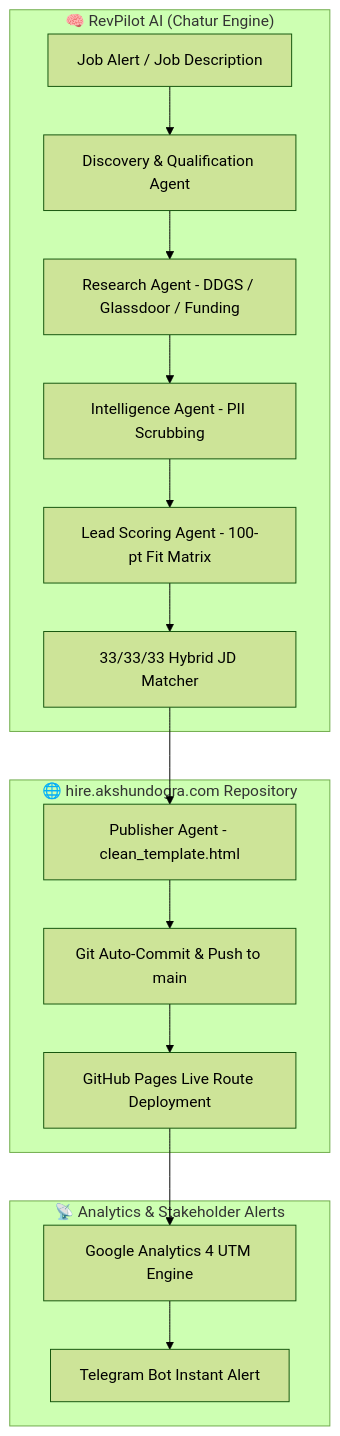
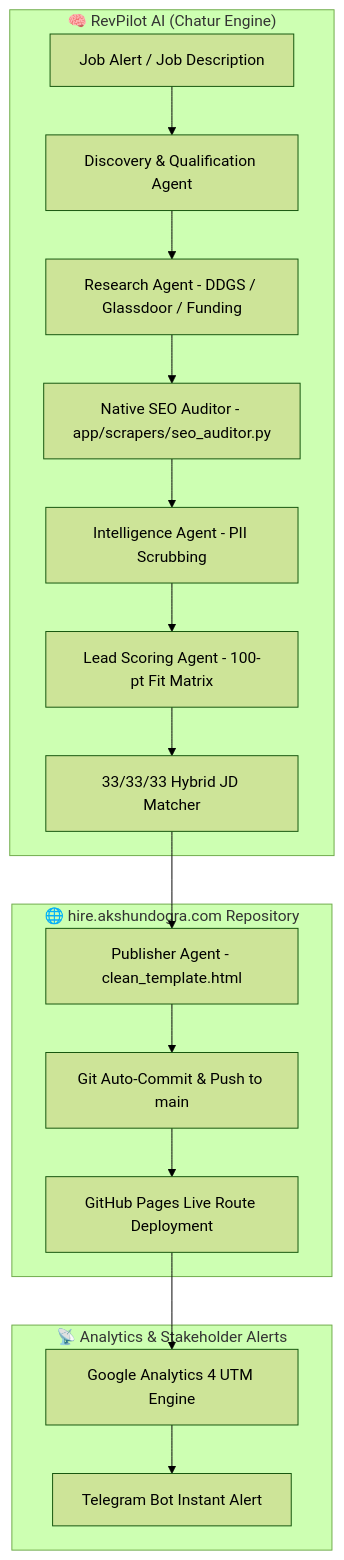
Before and after one commit to akshundogra/hire: the third of 4 diagrams in README.md, drawn with Mermaid (forest theme). The commit also changed other lines of this file, not shown here.

Commit message:
docs: explicitly document Phase 2 Native Technical SEO & MarTech Stack Auditor in README

````diff
--- a/README.md
+++ b/README.md
@@ -65,21 +66,22 @@
 ```mermaid
 graph TD
     subgraph Signal Intelligence Engine ["🧠 RevPilot AI (Chatur Engine)"]
         JD[Job Alert / Job Description] --> Discovery[Discovery & Qualification Agent]
         Discovery --> Research[Research Agent - DDGS / Glassdoor / Funding]
-        Research --> Intel[Intelligence Agent - PII Scrubbing]
+        Research --> SEOAudit[Native SEO Auditor - app/scrapers/seo_auditor.py]
+        SEOAudit --> Intel[Intelligence Agent - PII Scrubbing]
         Intel --> Scoring[Lead Scoring Agent - 100-pt Fit Matrix]
         Scoring --> Matcher[33/33/33 Hybrid JD Matcher]
     end
 
     subgraph Publisher & Deployment ["🌐 hire.akshundogra.com Repository"]
         Matcher --> Publisher[Publisher Agent - clean_template.html]
         Publisher --> GitCommit[Git Auto-Commit & Push to main]
         GitCommit --> GHPages[GitHub Pages Live Route Deployment]
     end
 
     subgraph Real-Time Telemetry ["📡 Analytics & Stakeholder Alerts"]
         GHPages --> GA4[Google Analytics 4 UTM Engine]
         GA4 --> Telegram[Telegram Bot Instant Alert]
     end
 ```
````
